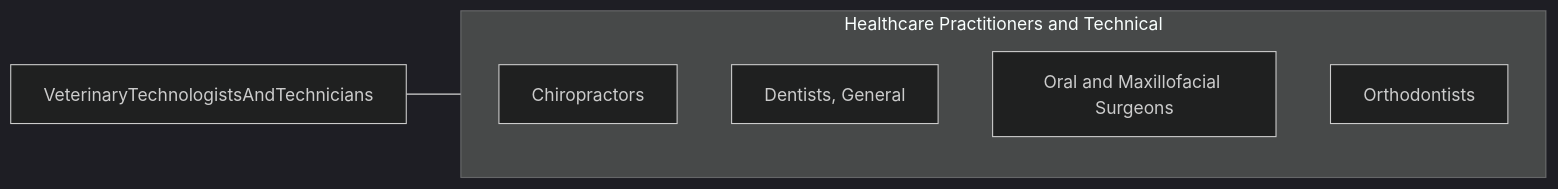
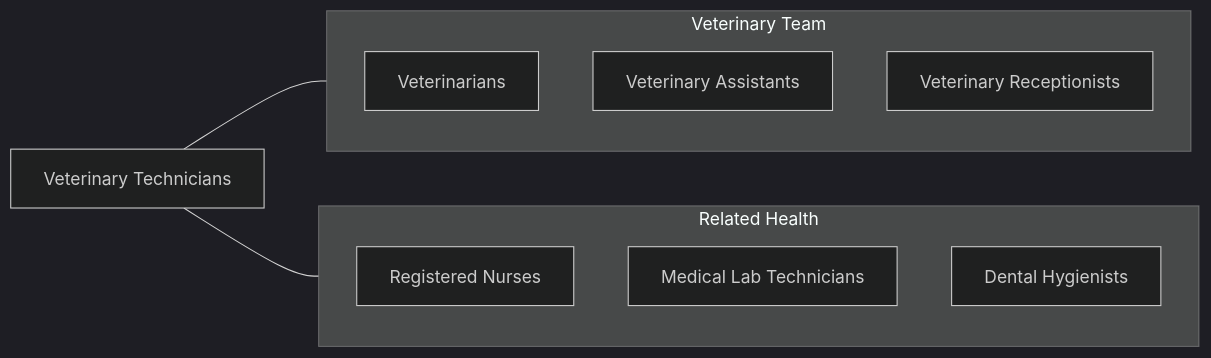
One commit to kziemski/business.org.ai changed the fourth of 4 diagrams in occupations/HealthcarePractitioners/VeterinaryTechnologistsAndTechnicians.mdx. Above: the diagram before and after it, drawn with Mermaid (dark theme). The commit also changed other lines of this file and 938 other files, not shown here.

````diff
--- a/occupations/HealthcarePractitioners/VeterinaryTechnologistsAndTechnicians.mdx
+++ b/occupations/HealthcarePractitioners/VeterinaryTechnologistsAndTechnicians.mdx
@@ -123,13 +188,19 @@
 ```mermaid
 graph LR
-    Current["VeterinaryTechnologistsAndTechnicians"]
+    Current["Veterinary Technicians"]
 
-    subgraph SameCategory["Healthcare Practitioners and Technical"]
-        Chiropractors["Chiropractors"]
-        DentistsGeneral["Dentists, General"]
-        OralAndMaxillofacial["Oral and Maxillofacial Surgeons"]
-        Orthodontists["Orthodontists"]
+    subgraph VetTeam["Veterinary Team"]
+        Veterinarians["Veterinarians"]
+        VetAssistants["Veterinary Assistants"]
+        VetReceptionists["Veterinary Receptionists"]
     end
 
-    Current --- SameCategory
+    subgraph Related["Related Health"]
+        HumanNurses["Registered Nurses"]
+        LabTechs["Medical Lab Technicians"]
+        DentalHygienists["Dental Hygienists"]
+    end
+
+    Current --- VetTeam
+    Current --- Related
 ```
````
